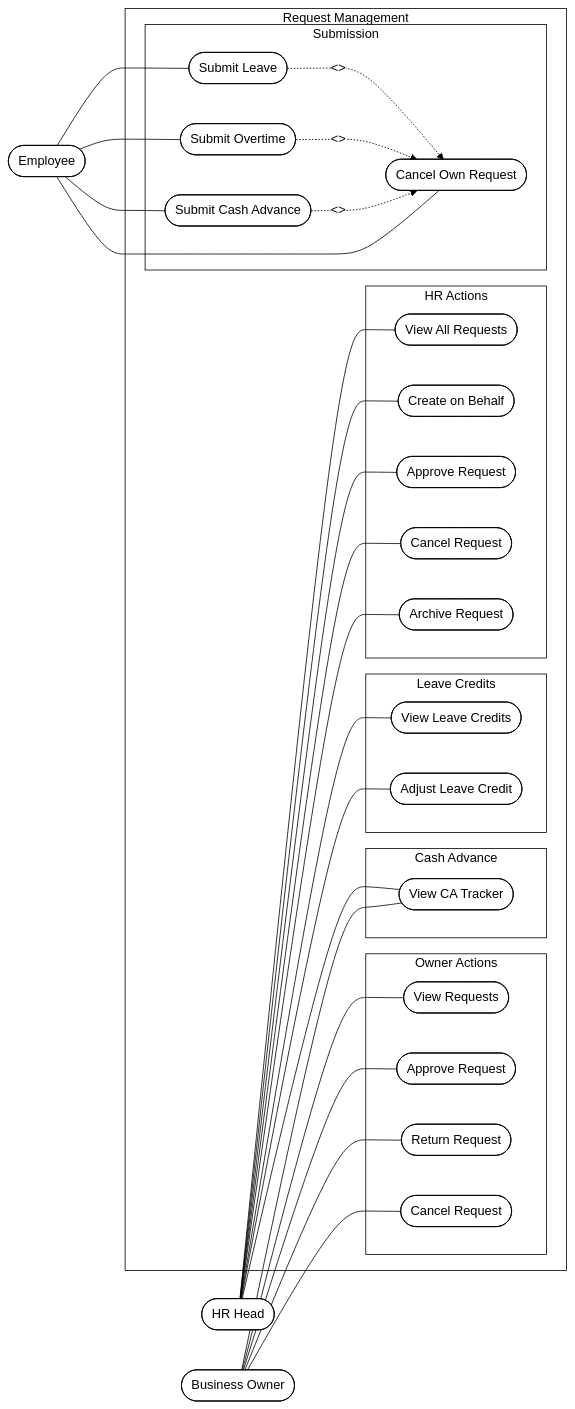
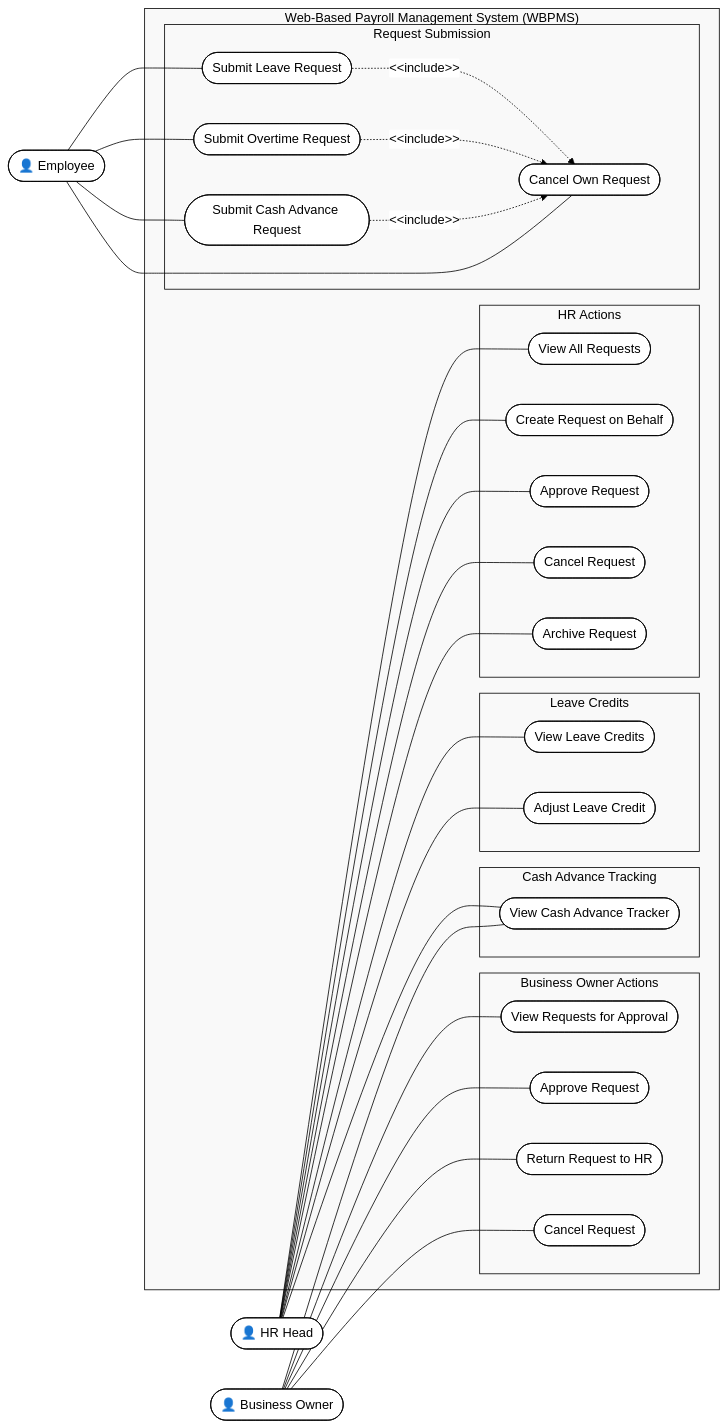
Before and after one commit to romarsares/WBPMS: the diagram in docs/diagrams/v2/uc-05-request-management.mmd, drawn with Mermaid. The commit also changed 136 other files, not shown here.

```diff
--- a/docs/diagrams/v2/uc-05-request-management.mmd
+++ b/docs/diagrams/v2/uc-05-request-management.mmd
@@ -1,40 +1,59 @@
-%%{init: {"theme": "base", "themeVariables": {"primaryColor": "#ffffff", "primaryBorderColor": "#000000", "primaryTextColor": "#000000", "lineColor": "#000000", "background": "#ffffff", "nodeBorder": "#000000", "clusterBkg": "#ffffff", "clusterBorder": "#000000", "edgeLabelBackground": "#ffffff"}}}%%
-flowchart LR
-    HR(["HR Head"])
-    BO(["Business Owner"])
-    EMP(["Employee"])
+%%{init: {"theme": "base", "themeVariables": {"primaryColor": "#ffffff", "primaryBorderColor": "#000000", "primaryTextColor": "#000000", "lineColor": "#000000", "background": "#ffffff", "nodeBorder": "#000000", "clusterBkg": "#f9f9f9", "clusterBorder": "#000000", "edgeLabelBackground": "#ffffff"}}}%%
+graph LR
+    HR(["👤 HR Head"])
+    BO(["👤 Business Owner"])
+    EMP(["👤 Employee"])
 
-    subgraph SYS["Request Management"]
-        subgraph SUB["Submission"]
-            UC1(["Submit Leave"])
-            UC2(["Submit Overtime"])
-            UC3(["Submit Cash Advance"])
+    subgraph SYS["Web-Based Payroll Management System (WBPMS)"]
+        subgraph SUB["Request Submission"]
+            UC1(["Submit Leave Request"])
+            UC2(["Submit Overtime Request"])
+            UC3(["Submit Cash Advance Request"])
             UC4(["Cancel Own Request"])
         end
         subgraph HRACT["HR Actions"]
             UC5(["View All Requests"])
-            UC6(["Create on Behalf"])
+            UC6(["Create Request on Behalf"])
             UC7(["Approve Request"])
             UC8(["Cancel Request"])
             UC9(["Archive Request"])
         end
         subgraph LEAVE["Leave Credits"]
             UC10(["View Leave Credits"])
             UC11(["Adjust Leave Credit"])
         end
-        subgraph CA["Cash Advance"]
-            UC12(["View CA Tracker"])
+        subgraph CA["Cash Advance Tracking"]
+            UC12(["View Cash Advance Tracker"])
         end
-        subgraph BOACT["Owner Actions"]
-            UC13(["View Requests"])
+        subgraph BOACT["Business Owner Actions"]
+            UC13(["View Requests for Approval"])
             UC14(["Approve Request"])
-            UC15(["Return Request"])
+            UC15(["Return Request to HR"])
             UC16(["Cancel Request"])
         end
     end
 
     EMP --- UC1 & UC2 & UC3 & UC4
     HR --- UC5 & UC6 & UC7 & UC8 & UC9 & UC10 & UC11 & UC12
     BO --- UC12 & UC13 & UC14 & UC15 & UC16
 
-    UC1 & UC2 & UC3 -.->|"<<include>>"| UC4
+    UC1 -.->|"&lt;&lt;include&gt;&gt;"| UC4
+    UC2 -.->|"&lt;&lt;include&gt;&gt;"| UC4
+    UC3 -.->|"&lt;&lt;include&gt;&gt;"| UC4
+
+    style UC1 rx:50,ry:50
+    style UC2 rx:50,ry:50
+    style UC3 rx:50,ry:50
+    style UC4 rx:50,ry:50
+    style UC5 rx:50,ry:50
+    style UC6 rx:50,ry:50
+    style UC7 rx:50,ry:50
+    style UC8 rx:50,ry:50
+    style UC9 rx:50,ry:50
+    style UC10 rx:50,ry:50
+    style UC11 rx:50,ry:50
+    style UC12 rx:50,ry:50
+    style UC13 rx:50,ry:50
+    style UC14 rx:50,ry:50
+    style UC15 rx:50,ry:50
+    style UC16 rx:50,ry:50
```
